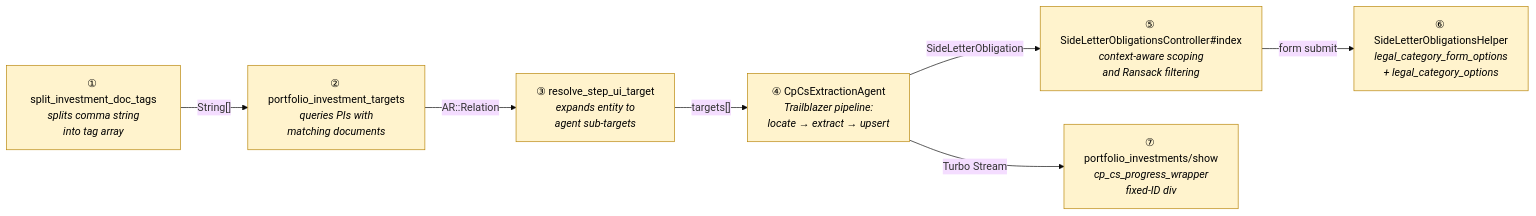
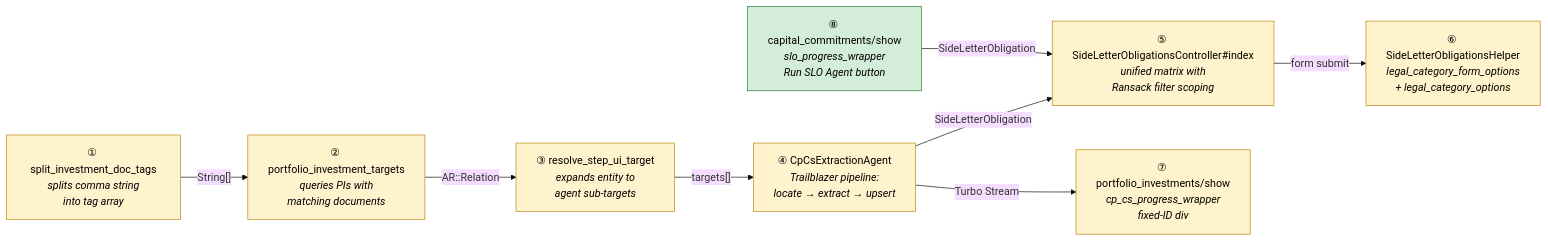
The second of 5 diagrams in openspec/changes/obligation-matrix-fixes/design.md (sampadadiwan/IRM_CompanyMain), drawn with Mermaid (base theme) before and after one commit. The commit also changed other lines of this file and 16 other files, not shown here.

First line of the commit message:
Unified obligation matrix, SLO commitment button, and post-run redirects

````diff
--- a/openspec/changes/obligation-matrix-fixes/design.md
+++ b/openspec/changes/obligation-matrix-fixes/design.md
@@ -125,26 +132,29 @@
 ```mermaid
 flowchart LR
     classDef new fill:#d4edda,stroke:#2e7d32,color:#000
     classDef mod fill:#fff3cd,stroke:#b8860b,color:#000
     classDef reuse fill:#eceff1,stroke:#90a4ae,color:#000
     A["① split_investment_doc_tags<br/><i>splits comma string<br/>into tag array</i>"]:::mod
     B["② portfolio_investment_targets<br/><i>queries PIs with<br/>matching documents</i>"]:::mod
     C["③ resolve_step_ui_target<br/><i>expands entity to<br/>agent sub-targets</i>"]:::mod
     D["④ CpCsExtractionAgent<br/><i>Trailblazer pipeline:<br/>locate → extract → upsert</i>"]:::mod
-    E["⑤ SideLetterObligationsController#index<br/><i>context-aware scoping<br/>and Ransack filtering</i>"]:::mod
+    E["⑤ SideLetterObligationsController#index<br/><i>unified matrix with<br/>Ransack filter scoping</i>"]:::mod
     F["⑥ SideLetterObligationsHelper<br/><i>legal_category_form_options<br/>+ legal_category_options</i>"]:::mod
     G["⑦ portfolio_investments/show<br/><i>cp_cs_progress_wrapper<br/>fixed-ID div</i>"]:::mod
+    H["⑧ capital_commitments/show<br/><i>slo_progress_wrapper<br/>Run SLO Agent button</i>"]:::new
     A -- "String[]" --> B
     B -- "AR::Relation" --> C
     C -- "targets[]" --> D
     D -- "SideLetterObligation" --> E
     E -- "form submit" --> F
     D -- "Turbo Stream" --> G
+    H -- "SideLetterObligation" --> E
     click A "#①-tag-splitter"
     click B "#②-target-resolver"
     click C "#③-dispatch-router"
     click D "#④-extraction-pipeline"
-    click E "#⑤-context-aware-matrix"
+    click E "#⑤-unified-matrix-with-filter-pre-selection"
     click F "#⑥-form-helpers"
     click G "#⑦-progress-panel"
+    click H "#⑧-slo-agent-on-commitment-page"
 ```
````
